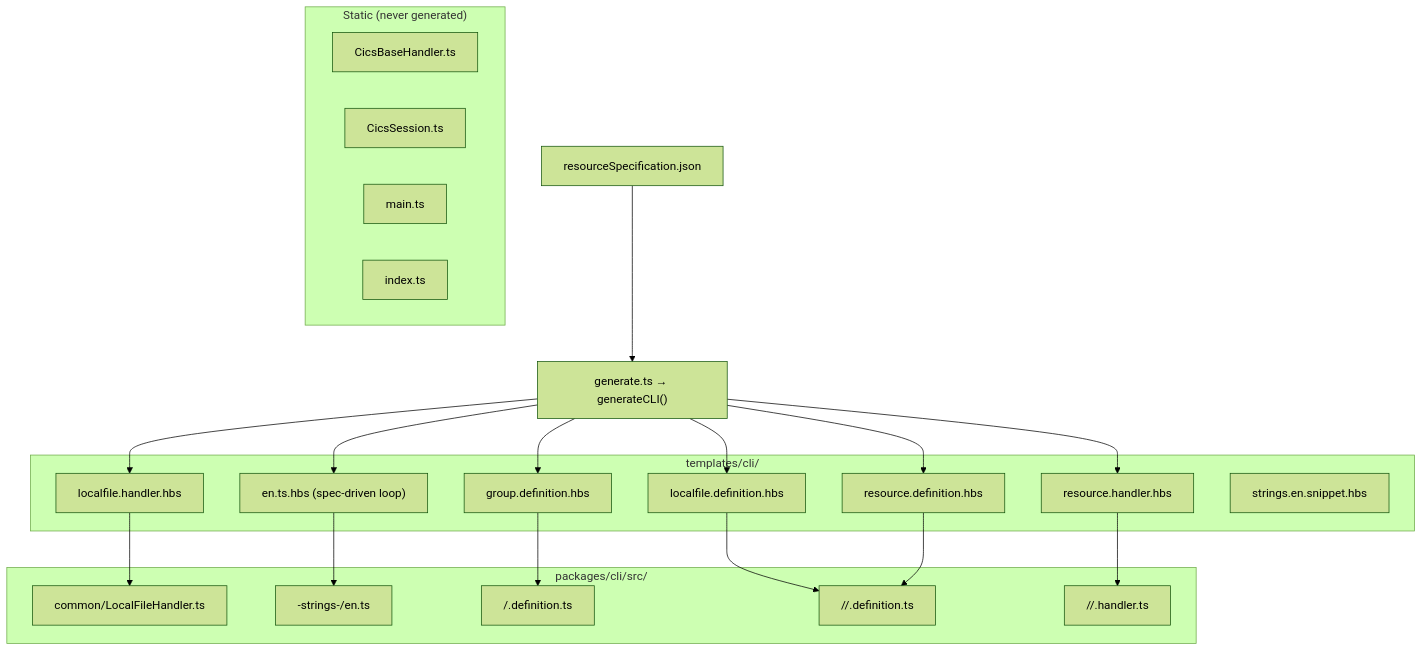
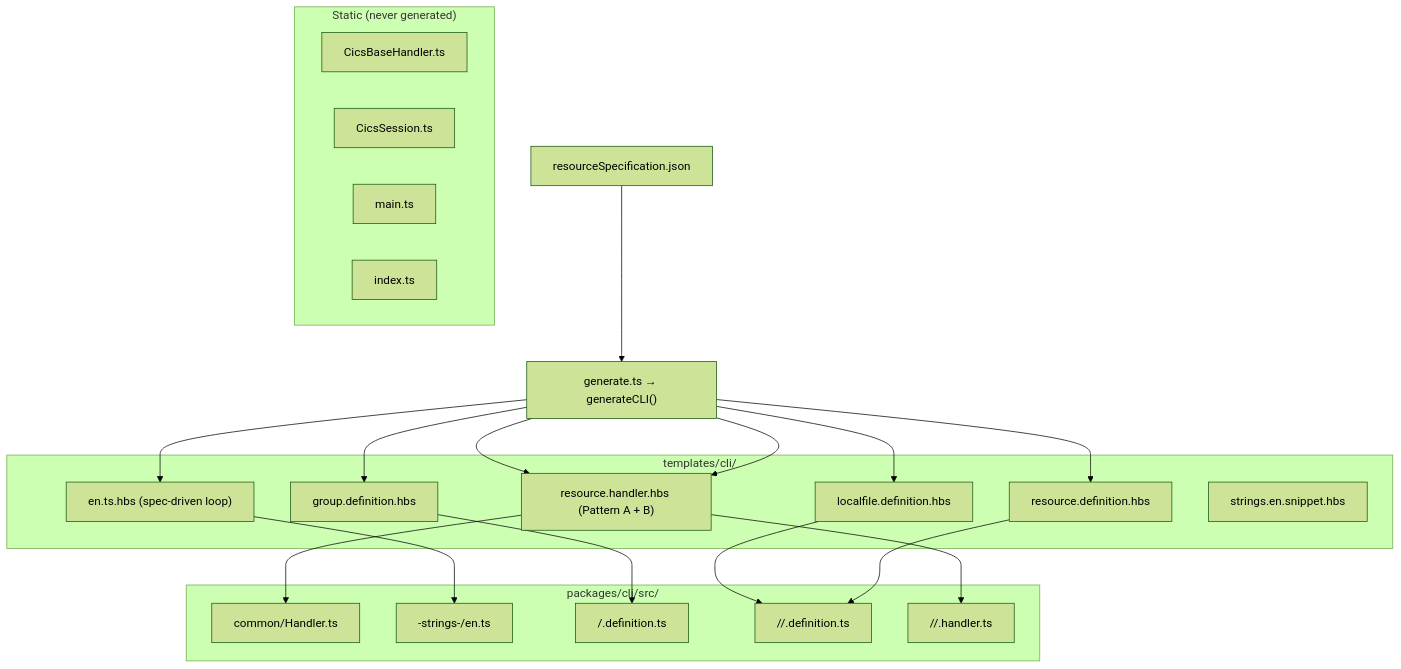
Before and after one commit to zowe/cics-for-zowe-client: the second of 13 diagrams in codegen/docs/CLI_CODEGEN_ROADMAP.md, drawn with Mermaid (forest theme). The commit also changed other lines of this file and 8 other files, not shown here.

````diff
--- a/codegen/docs/CLI_CODEGEN_ROADMAP.md
+++ b/codegen/docs/CLI_CODEGEN_ROADMAP.md
@@ -110,38 +110,37 @@
 ```mermaid
 graph TD
     Spec["resourceSpecification.json"]
     Gen["generate.ts → generateCLI()"]
 
     subgraph templates["templates/cli/"]
-        T1["localfile.handler.hbs"]
         T2["localfile.definition.hbs"]
         T3["resource.definition.hbs"]
-        T4["resource.handler.hbs"]
+        T4["resource.handler.hbs (Pattern A + B)"]
         T5["group.definition.hbs"]
         T6["en.ts.hbs (spec-driven loop)"]
         T7["strings.en.snippet.hbs"]
     end
 
     subgraph outputs["packages/cli/src/"]
-        O1["common/LocalFileHandler.ts"]
+        O1["common/<Res>Handler.ts"]
         O2["-strings-/en.ts"]
         O3["<group>/<Group>.definition.ts"]
         O4["<group>/<Res>/<Res>.definition.ts"]
         O5["<group>/<Res>/<Res>.handler.ts"]
     end
 
     subgraph static["Static (never generated)"]
         S1["CicsBaseHandler.ts"]
         S2["CicsSession.ts"]
         S3["main.ts"]
         S4["index.ts"]
     end
 
     Spec --> Gen
-    Gen --> T1 --> O1
+    Gen --> T4 --> O1
     Gen --> T6 --> O2
     Gen --> T5 --> O3
     Gen --> T2 --> O4
     Gen --> T3 --> O4
     Gen --> T4 --> O5
 ```
````
